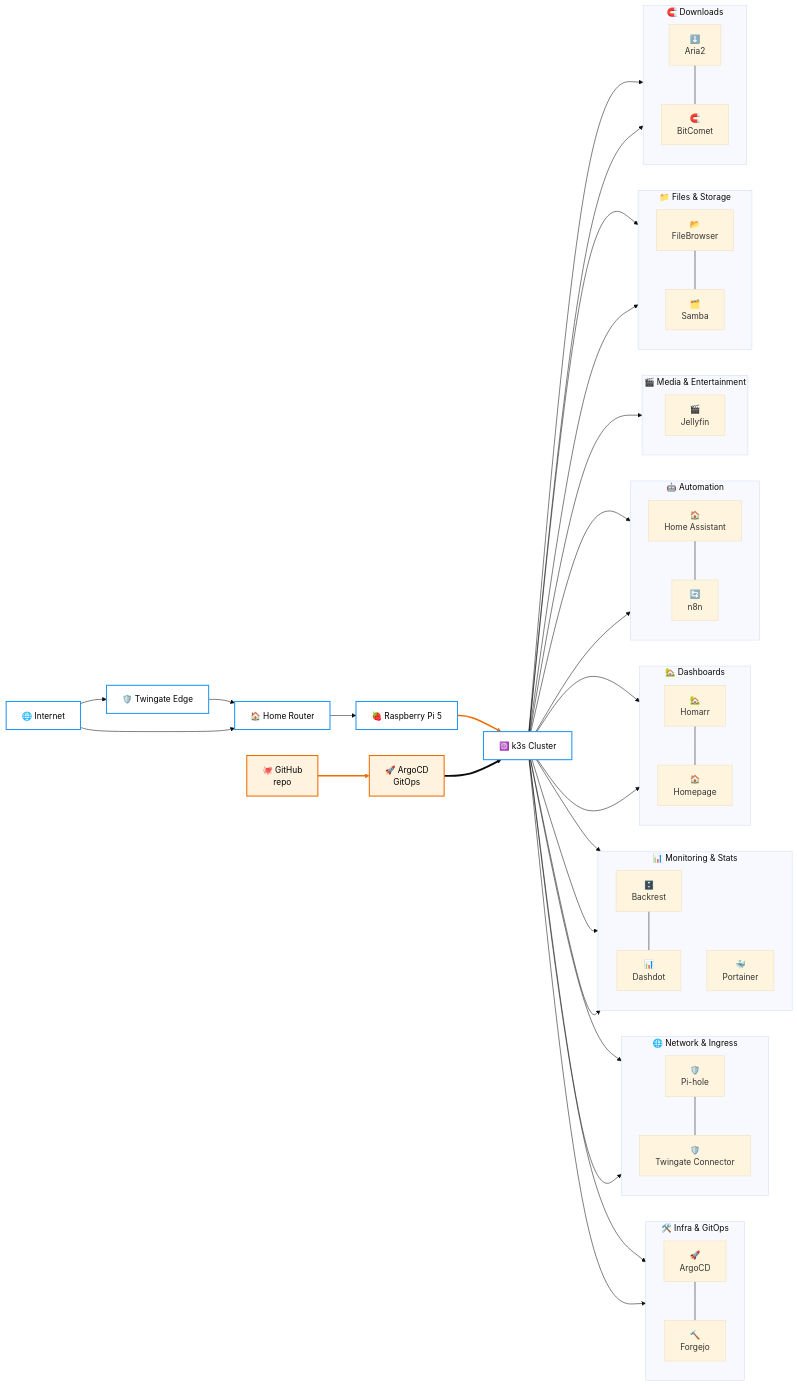
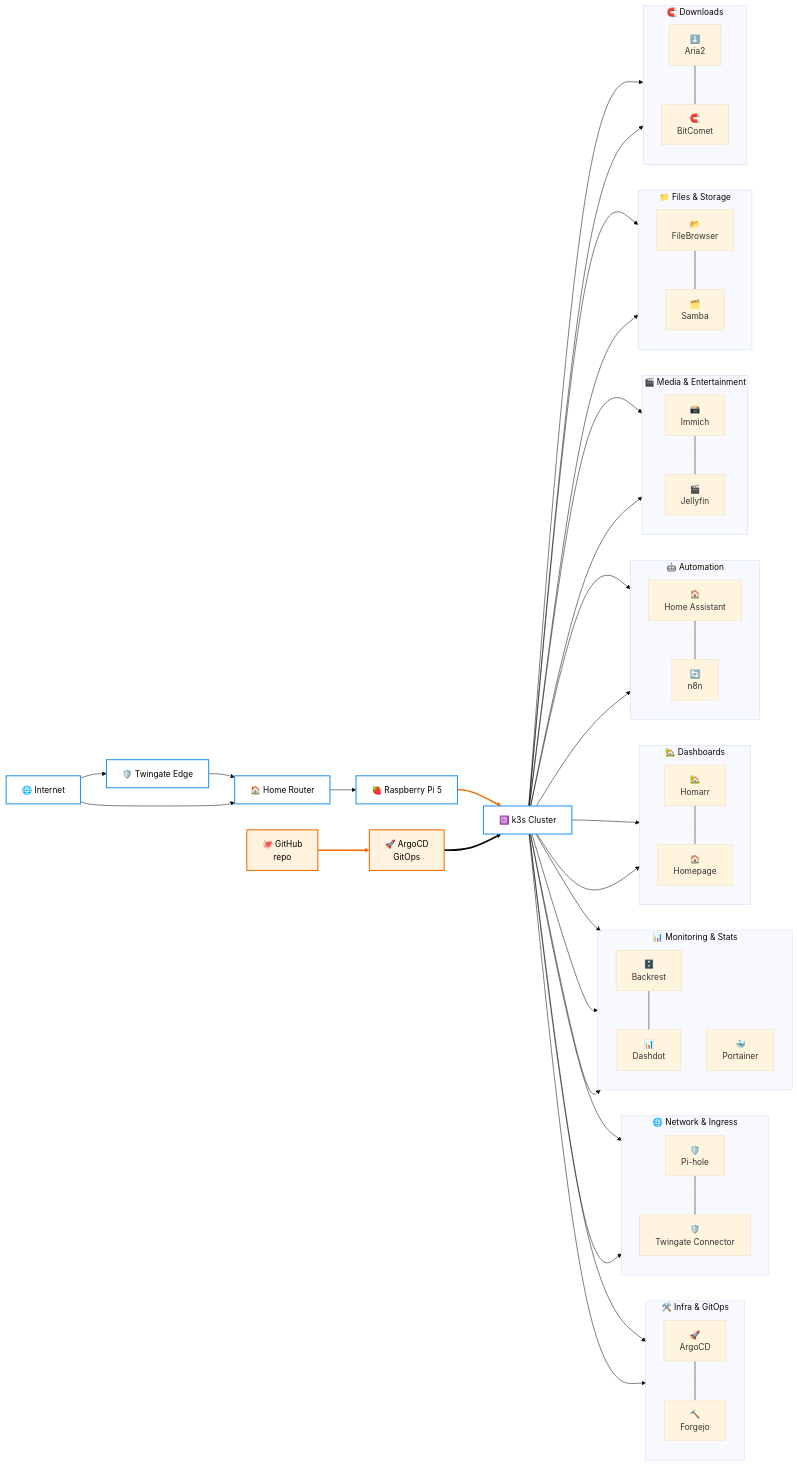
One commit to Thre4dripper/Home-Server-Lab changed the diagram in k3s/README.md. Above: the diagram before and after it, drawn with Mermaid (base theme). The commit also changed other lines of this file and 14 other files, not shown here.

```diff
--- a/k3s/README.md
+++ b/k3s/README.md
@@ -141,8 +141,11 @@
 
     subgraph MediaEntertainment["🎬 Media & Entertainment"]
         direction TB
+        immich[📸<br/>Immich]
         jellyfin[🎬<br/>Jellyfin]
+        immich --- jellyfin
     end
+    K3s --> immich
     K3s --> jellyfin
 
     subgraph FilesStorage["📁 Files & Storage"]
```
